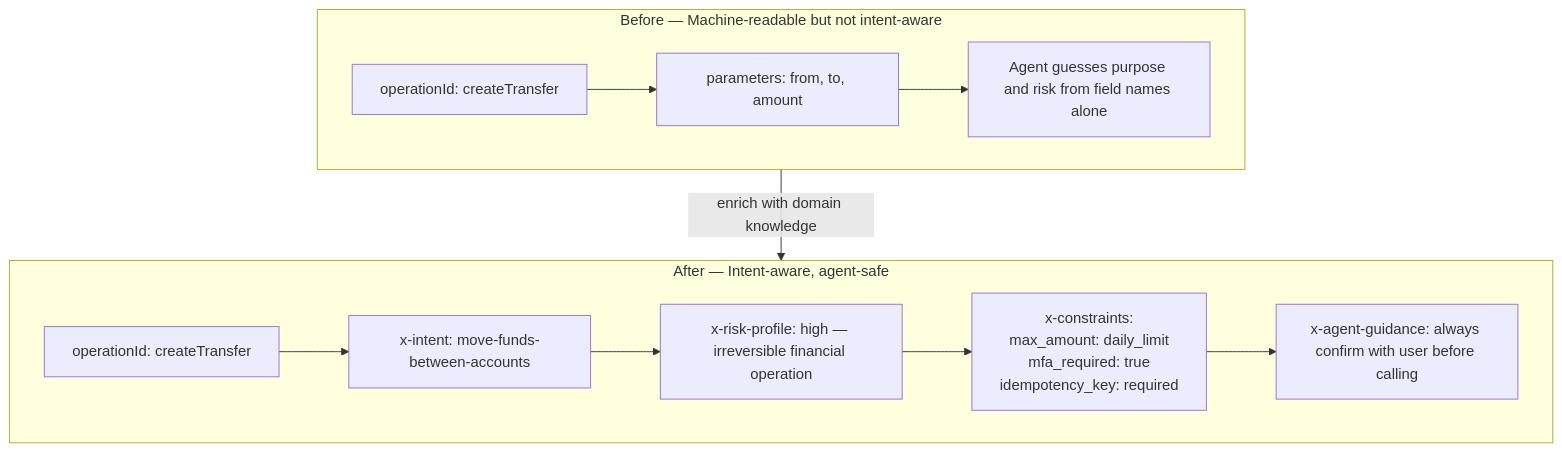
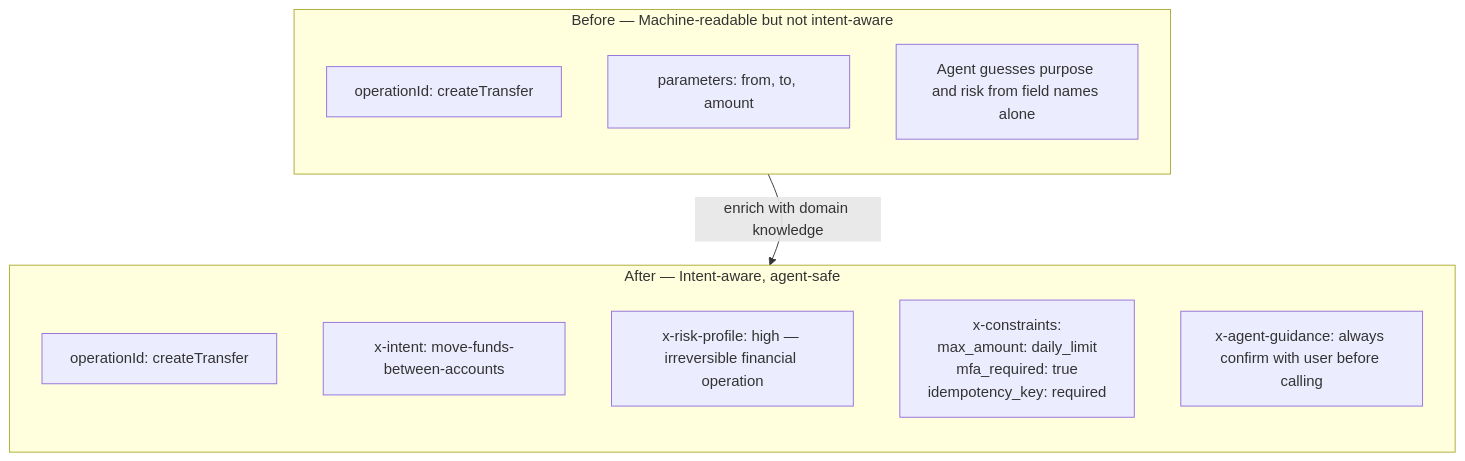
The fourth of 7 diagrams in internal/fundamentals/the-agentic-future/01-designing-apis-for-ai-consumption.md (romangurevitch/GoTraining), drawn with Mermaid before and after one commit. The commit also changed other lines of this file and 20 other files, not shown here.

````diff
--- a/internal/fundamentals/the-agentic-future/01-designing-apis-for-ai-consumption.md
+++ b/internal/fundamentals/the-agentic-future/01-designing-apis-for-ai-consumption.md
@@ -78,20 +78,22 @@
 ```mermaid
-graph TB
+graph TD
     subgraph Before["Before — Machine-readable but not intent-aware"]
+        direction TB
         B1["operationId: createTransfer"]
         B2["parameters: from, to, amount"]
         B3["Agent guesses purpose and risk from field names alone"]
-        B1 --> B2 --> B3
     end
 
+    Before ~~~ After
+
     subgraph After["After — Intent-aware, agent-safe"]
+        direction TB
         A1["operationId: createTransfer"]
         A2["x-intent: move-funds-between-accounts"]
         A3["x-risk-profile: high — irreversible financial operation"]
         A4["x-constraints:<br/>  max_amount: daily_limit<br/>  mfa_required: true<br/>  idempotency_key: required"]
         A5["x-agent-guidance: always confirm with user before calling"]
-        A1 --> A2 --> A3 --> A4 --> A5
     end
 
     Before -->|"enrich with domain knowledge"| After
 ```
````
